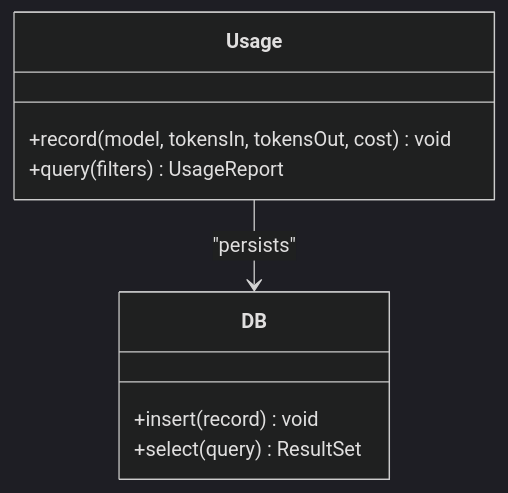
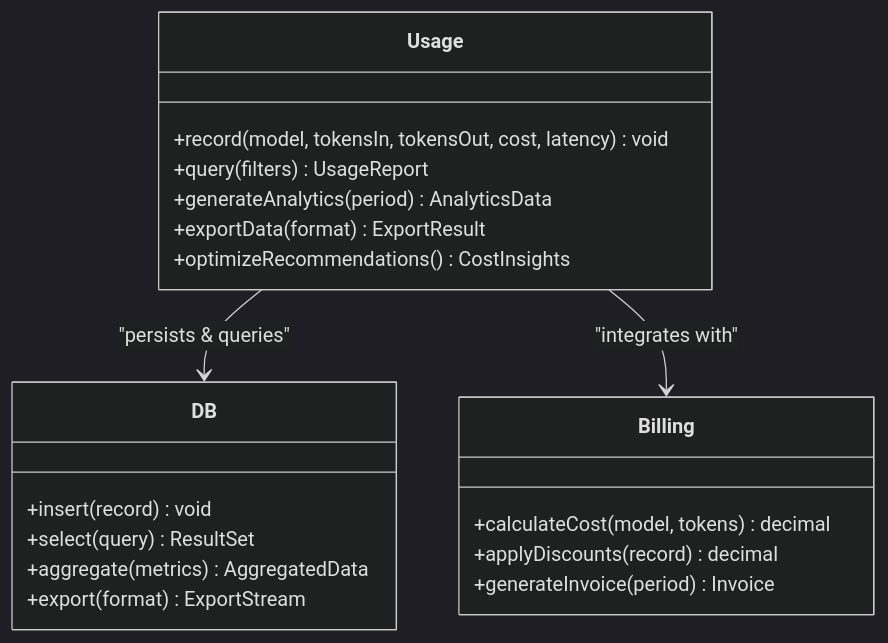
One commit to HassanAmeer/cheaprouter changed the seventh of 8 diagrams in .qoder/repowiki/en/content/Integration Guides/OpenAI Compatibility Layer.md. Above: the diagram before and after it, drawn with Mermaid (dark theme). The commit also changed other lines of this file and 54 other files, not shown here.

````diff
--- a/.qoder/repowiki/en/content/Integration Guides/OpenAI Compatibility Layer.md
+++ b/.qoder/repowiki/en/content/Integration Guides/OpenAI Compatibility Layer.md
@@ -243,12 +289,23 @@
 ```mermaid
 classDiagram
 class Usage {
-+record(model, tokensIn, tokensOut, cost) void
++record(model, tokensIn, tokensOut, cost, latency) void
 +query(filters) UsageReport
++generateAnalytics(period) AnalyticsData
++exportData(format) ExportResult
++optimizeRecommendations() CostInsights
 }
 class DB {
 +insert(record) void
 +select(query) ResultSet
++aggregate(metrics) AggregatedData
++export(format) ExportStream
 }
-Usage --> DB : "persists"
+class Billing {
++calculateCost(model, tokens) decimal
++applyDiscounts(record) decimal
++generateInvoice(period) Invoice
+}
+Usage --> DB : "persists & queries"
+Usage --> Billing : "integrates with"
 ```
````
